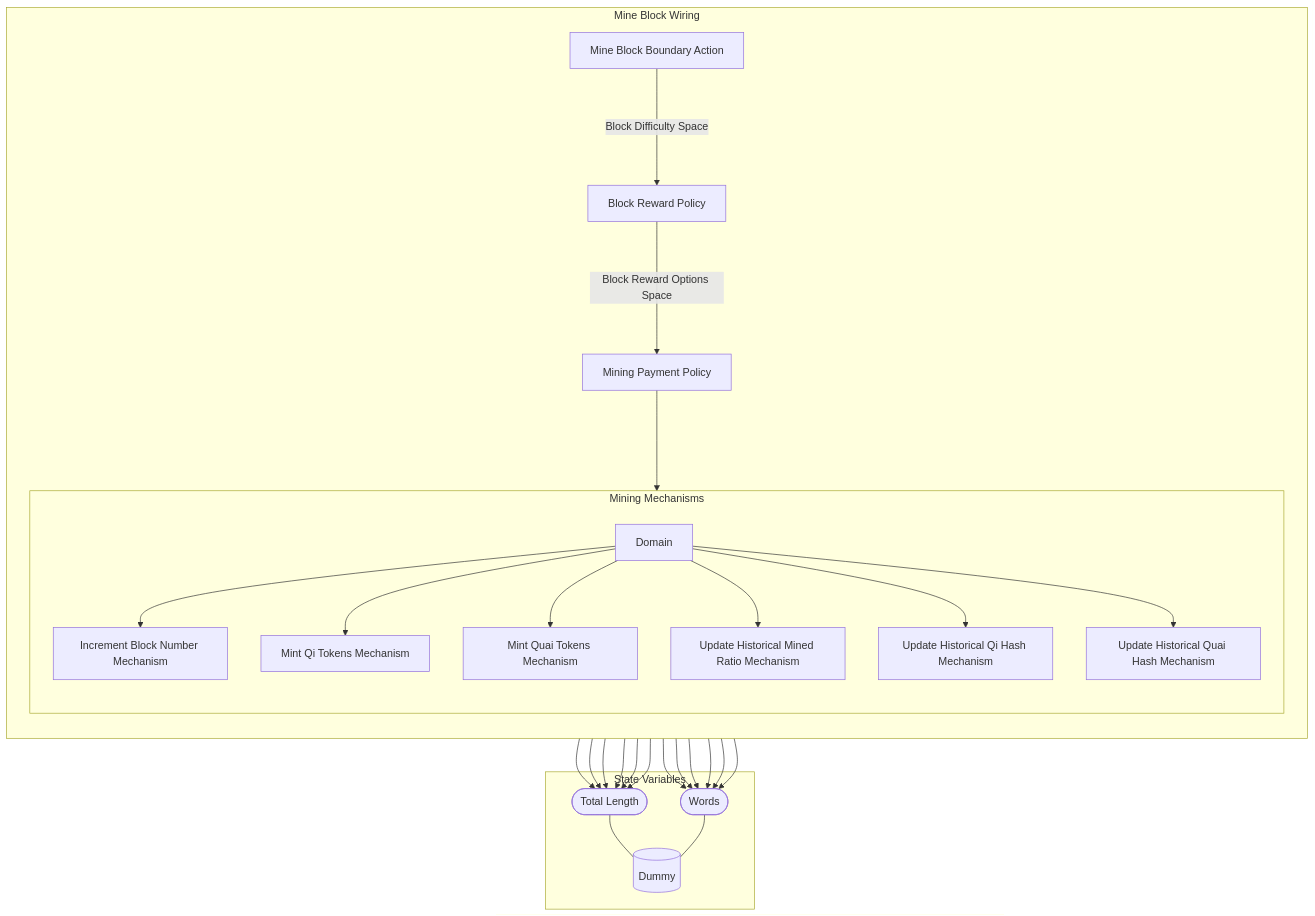
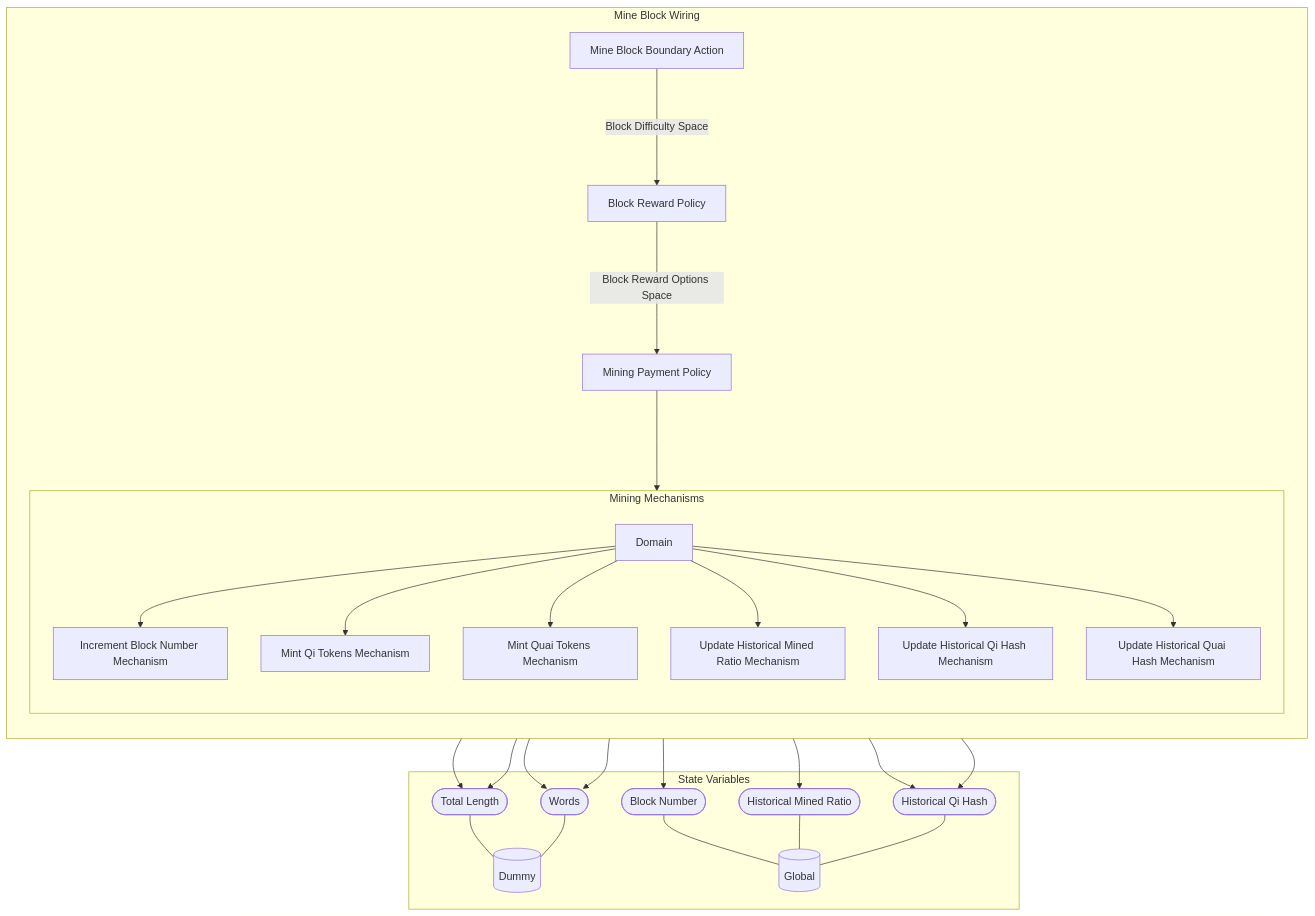
The diagram in Spec/obsidian/Wiring/Mine Block Wiring.md (dominant-strategies/Quai-Macro-Model), drawn with Mermaid before and after one commit. The commit also changed other lines of this file and 23 other files, not shown here.

````diff
--- a/Spec/obsidian/Wiring/Mine Block Wiring.md
+++ b/Spec/obsidian/Wiring/Mine Block Wiring.md
@@ -3,52 +3,55 @@
 ```mermaid
 graph TB
 
 subgraph SVS["State Variables"]
 EE0[("Dummy")]
+EE1[("Global")]
 EES0(["Total Length"])
 EES0 --- EE0
 EES1(["Words"])
 EES1 --- EE0
+EES2(["Block Number"])
+EES2 --- EE1
+EES3(["Historical Mined Ratio"])
+EES3 --- EE1
+EES4(["Historical Qi Hash"])
+EES4 --- EE1
 end
 
 subgraph X13["Mine Block Wiring"]
 direction TB
 X1["Mine Block Boundary Action"]
 X2["Block Reward Policy"]
 X3["Mining Payment Policy"]
 subgraph X12["Mining Mechanisms"]
 direction TB
 X4["Increment Block Number Mechanism"]
-X4 --> EES1
-X4 --> EES0
+X4 --> EES2
 X5["Mint Qi Tokens Mechanism"]
 X5 --> EES1
 X5 --> EES0
 X6["Mint Quai Tokens Mechanism"]
 X6 --> EES1
 X6 --> EES0
 X7["Update Historical Mined Ratio Mechanism"]
-X7 --> EES1
-X7 --> EES0
+X7 --> EES3
 X8["Update Historical Qi Hash Mechanism"]
-X8 --> EES1
-X8 --> EES0
+X8 --> EES4
 X9["Update Historical Quai Hash Mechanism"]
-X9 --> EES1
-X9 --> EES0
+X9 --> EES4
 X10[Domain]
 
 direction LR
 direction TB
 X10 --> X4
 X10 --> X5
 X10 --> X6
 X10 --> X7
 X10 --> X8
 X10 --> X9
 end
 X1--"Block Difficulty Space"--->X2
 X2--"Block Reward Options Space"--->X3
 X3--->X12
 end
 ```
````
